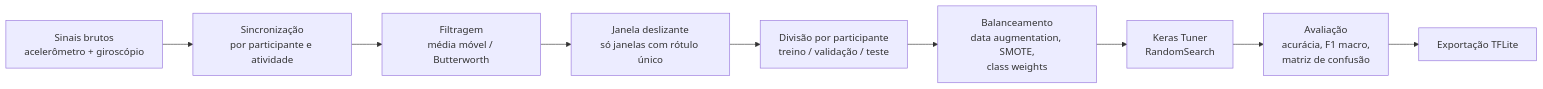
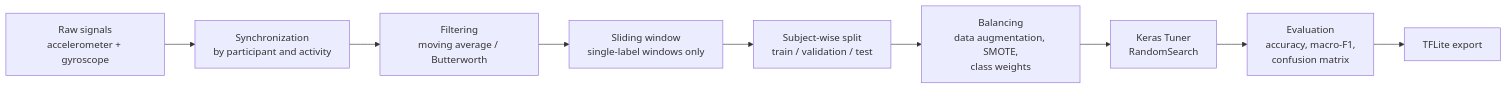
The diagram in README.md (cris33rj/LSTM_giroscopio_acelerometro), drawn with Mermaid before and after one commit. The commit also changed other lines of this file and 7 other files, not shown here.

````diff
--- a/README.md
+++ b/README.md
@@ -48,11 +48,11 @@
 ```mermaid
 flowchart LR
-    A[Sinais brutos<br/>acelerômetro + giroscópio] --> B[Sincronização<br/>por participante e atividade]
-    B --> C[Filtragem<br/>média móvel / Butterworth]
-    C --> D[Janela deslizante<br/>só janelas com rótulo único]
-    D --> E[Divisão por participante<br/>treino / validação / teste]
-    E --> F[Balanceamento<br/>data augmentation, SMOTE,<br/>class weights]
+    A[Raw signals<br/>accelerometer + gyroscope] --> B[Synchronization<br/>by participant and activity]
+    B --> C[Filtering<br/>moving average / Butterworth]
+    C --> D[Sliding window<br/>single-label windows only]
+    D --> E[Subject-wise split<br/>train / validation / test]
+    E --> F[Balancing<br/>data augmentation, SMOTE,<br/>class weights]
     F --> G[Keras Tuner<br/>RandomSearch]
-    G --> H[Avaliação<br/>acurácia, F1 macro,<br/>matriz de confusão]
-    H --> I[Exportação TFLite]
+    G --> H[Evaluation<br/>accuracy, macro-F1,<br/>confusion matrix]
+    H --> I[TFLite export]
 ```
````
